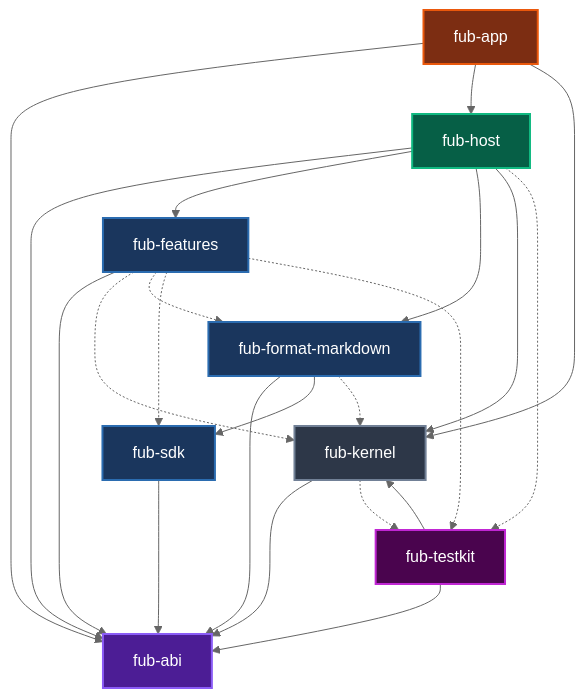
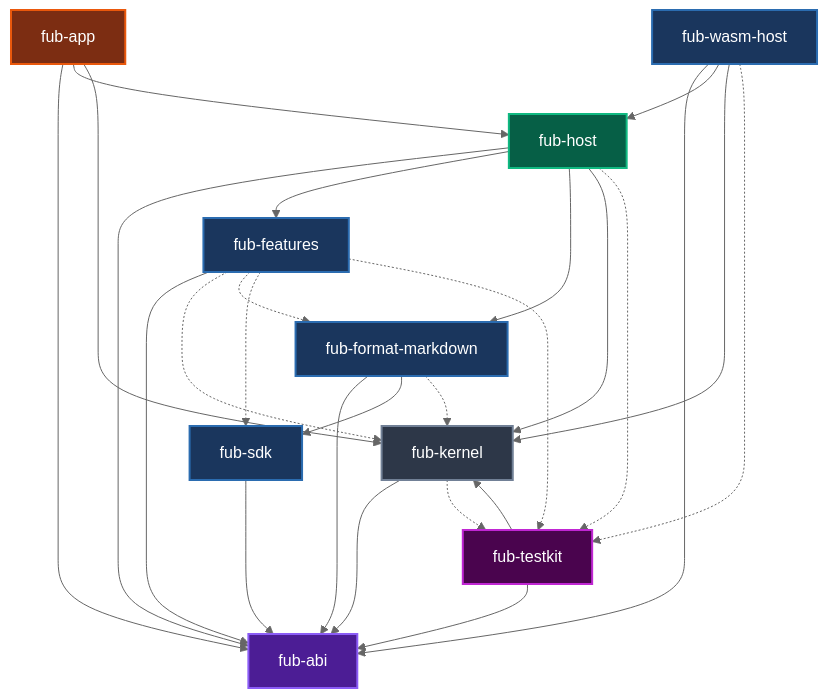
One commit to Fubeo/Fub changed the third of 4 diagrams in docs/architecture/mappa-visuale.md. Above: the diagram before and after it, drawn with Mermaid (neutral theme). The commit also changed other lines of this file and 24 other files, not shown here.

Commit message:
feat(wasm-host,esempi): un componente WASM si monta come un plugin nativo, una interfaccia alla volta (0164)

````diff
--- a/docs/architecture/mappa-visuale.md
+++ b/docs/architecture/mappa-visuale.md
@@ -330,47 +339,52 @@
 ```mermaid
 flowchart TD
     %% @grafo-dipendenze
     %% Questo blocco è letto e confrontato con `cargo metadata` da
     %% crates/fub-abi/tests/dependency_invariant.rs. Il dialetto ammesso è
     %% ristretto apposta: dichiarazioni `id["nome-crate"]:::classe`, archi
     %% `a --> b` (dipendenza normale) e `a -.-> b` (solo dev). Una riga fuori
     %% dialetto fa fallire il test invece di essere ignorata in silenzio.
     classDef contract fill:#4c1d95,stroke:#8b5cf6,stroke-width:2px,color:#fff
     classDef core     fill:#2d3748,stroke:#718096,stroke-width:2px,color:#fff
     classDef provider fill:#1a365d,stroke:#2b6cb0,stroke-width:2px,color:#fff
     classDef mount    fill:#065f46,stroke:#10b981,stroke-width:2px,color:#fff
     classDef glue     fill:#7c2d12,stroke:#ea580c,stroke-width:2px,color:#fff
     classDef banco    fill:#4a044e,stroke:#c026d3,stroke-width:2px,color:#fff
 
     app["fub-app"]:::glue
     host["fub-host"]:::mount
     features["fub-features"]:::provider
     markdown["fub-format-markdown"]:::provider
+    wasmhost["fub-wasm-host"]:::provider
     sdk["fub-sdk"]:::provider
     testkit["fub-testkit"]:::banco
     kernel["fub-kernel"]:::core
     abi["fub-abi"]:::contract
 
     app --> abi
     app --> host
     app --> kernel
     host --> abi
     host --> features
     host --> markdown
     host --> kernel
     features --> abi
     markdown --> abi
     markdown --> sdk
+    wasmhost --> abi
+    wasmhost --> host
+    wasmhost --> kernel
     kernel --> abi
     sdk --> abi
     testkit --> abi
     testkit --> kernel
 
     features -.-> kernel
     features -.-> markdown
     features -.-> sdk
     features -.-> testkit
     markdown -.-> kernel
     kernel -.-> testkit
     host -.-> testkit
+    wasmhost -.-> testkit
 ```
````
